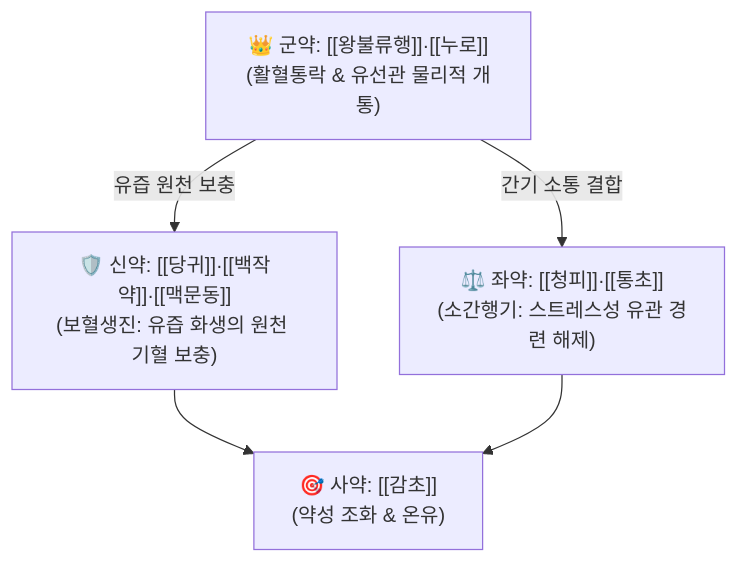
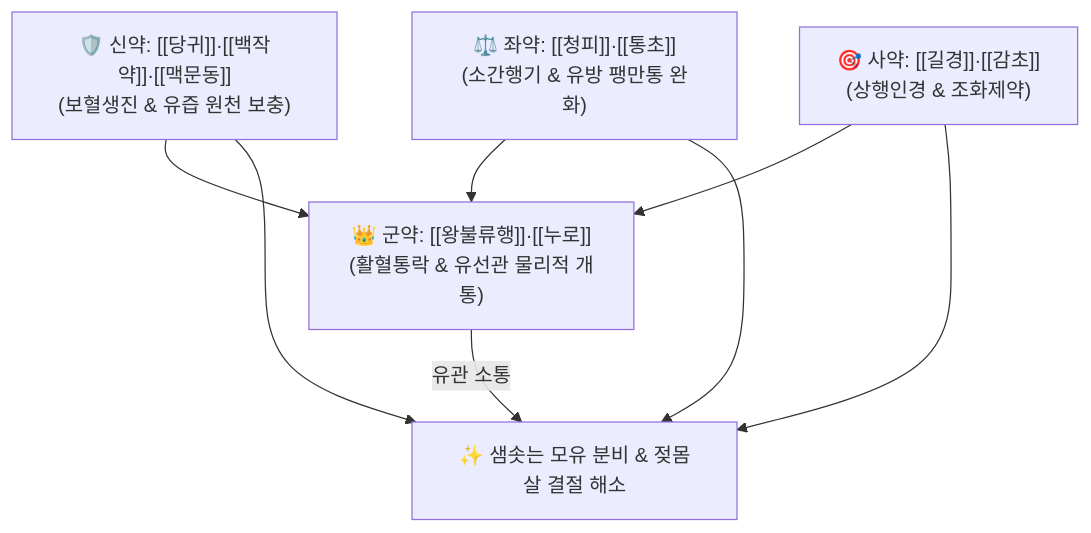
Before and after one commit to simbio11/simbio-digital-garden2: the diagram in content/2. 약리 공부/처방/02_보익제/하유용천산.md, drawn with Mermaid. The commit also changed other lines of this file and 248 other files, not shown here.

````diff
--- a/content/2. 약리 공부/처방/02_보익제/하유용천산.md
+++ b/content/2. 약리 공부/처방/02_보익제/하유용천산.md
@@ -9,7 +41,8 @@
 ```mermaid
 graph TD
-    Gun["👑 군약: [[왕불류행]]·[[누로]]<br>(활혈통락 & 유선관 물리적 개통)"] -->|유즙 원천 보충| Sin["🛡️ 신약: [[당귀]]·[[백작약]]·[[맥문동]]<br>(보혈생진: 유즙 화생의 원천 기혈 보충)"]
-    Gun -->|간기 소통 결합| Jwa["⚖️ 좌약: [[청피]]·[[통초]]<br>(소간행기: 스트레스성 유관 경련 해제)"]
-    Sin --> Sa["🎯 사약: [[감초]]<br>(약성 조화 & 온유)"]
-    Jwa --> Sa
+    Gun["👑 군약: [[왕불류행]]·[[누로]]<br>(활혈통락 & 유선관 물리적 개통)"] -->|유관 소통| Target["✨ 샘솟는 모유 분비 & 젖몸살 결절 해소"]
+    Sin["🛡️ 신약: [[당귀]]·[[백작약]]·[[맥문동]]<br>(보혈생진 & 유즙 원천 보충)"] --> Gun
+    Jwa["⚖️ 좌약: [[청피]]·[[통초]]<br>(소간행기 & 유방 팽만통 완화)"] --> Gun
+    Sa["🎯 사약: [[길경]]·[[감초]]<br>(상행인경 & 조화제약)"] --> Gun
+    Sin & Jwa & Sa --> Target
 ```
````
